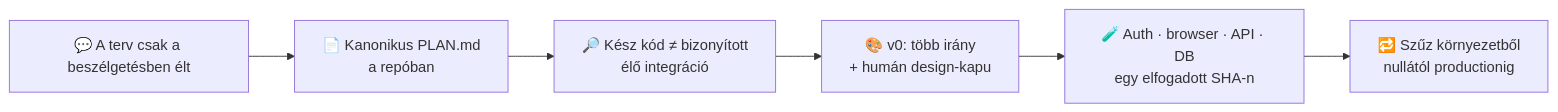
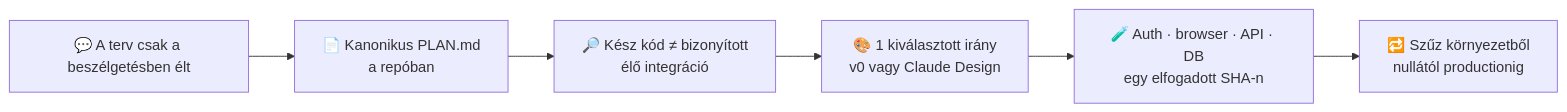
The diagram in materials/epitesi-naplo/day-5.md (cspiya/wshp-ai-dev-2026), drawn with Mermaid before and after one commit. The commit also changed other lines of this file and 15 other files, not shown here.

````diff
--- a/materials/epitesi-naplo/day-5.md
+++ b/materials/epitesi-naplo/day-5.md
@@ -16,8 +16,8 @@
 ```mermaid
 flowchart LR
     CHAT["💬 A terv csak a beszélgetésben élt"] --> GIT["📄 Kanonikus PLAN.md<br/>a repóban"]
     GIT --> TRUTH["🔎 Kész kód ≠ bizonyított<br/>élő integráció"]
-    TRUTH --> V0["🎨 v0: több irány<br/>+ humán design-kapu"]
+    TRUTH --> V0["🎨 1 kiválasztott irány<br/>v0 vagy Claude Design"]
     V0 --> PROOF["🧪 Auth · browser · API · DB<br/>egy elfogadott SHA-n"]
     PROOF --> REPLAY["🔁 Szűz környezetből<br/>nullától productionig"]
 ```
````
